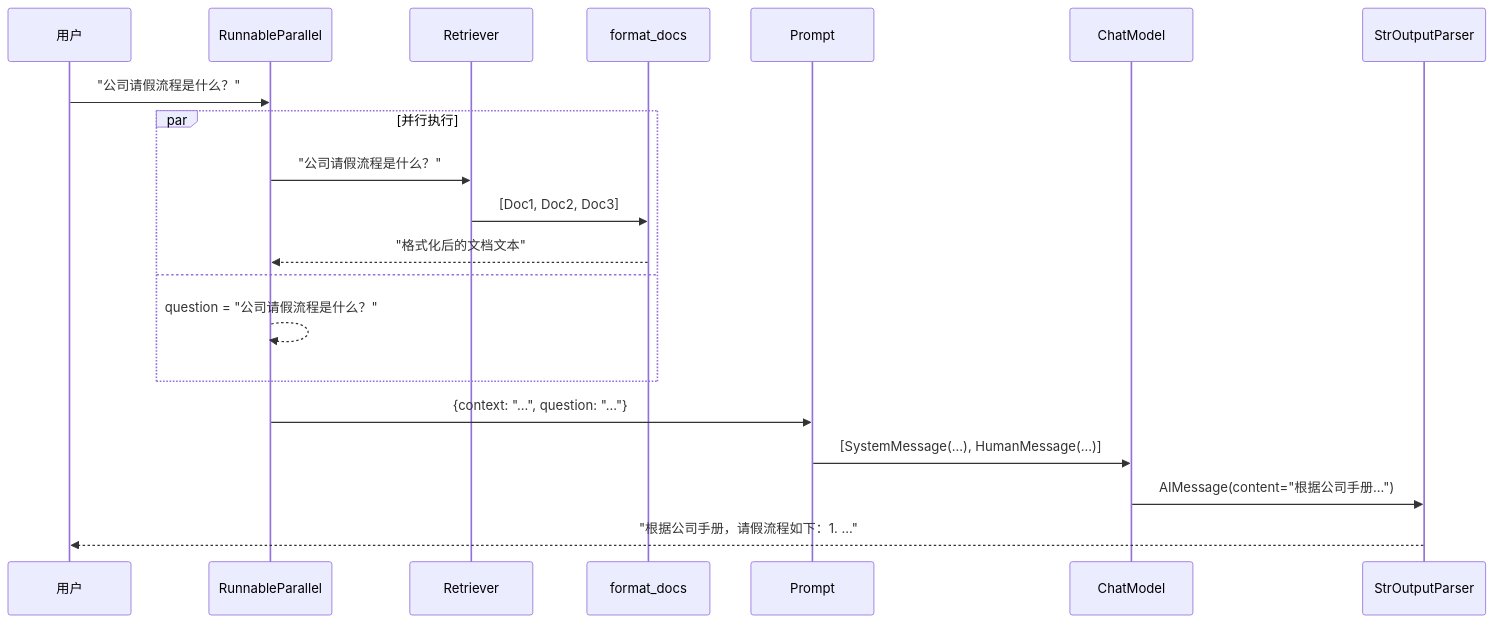
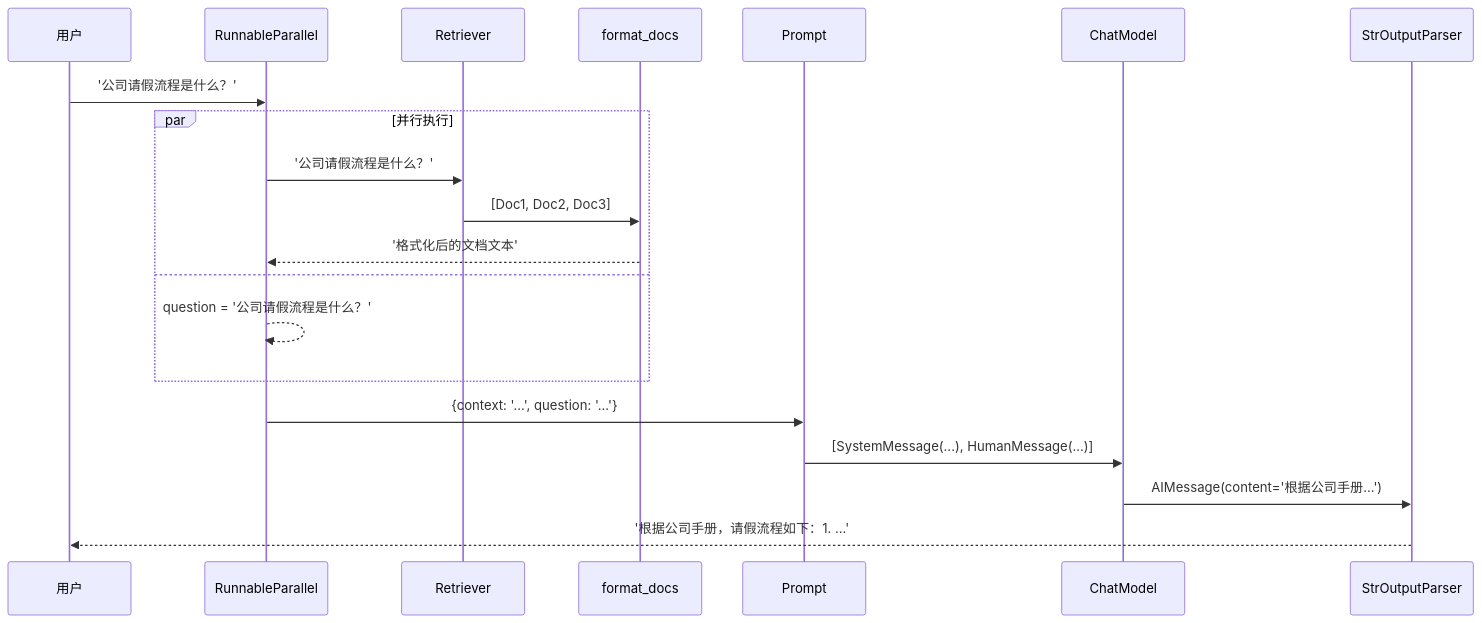
One commit to Cleam/langchain changed the third of 4 diagrams in learn/12-retrievers-rag.md. Above: the diagram before and after it, drawn with Mermaid. The commit also changed 7 other files, not shown here.

First line of the commit message:
docs(learn): fix mermaid diagram syntax errors across all tutorial chapters

````diff
--- a/learn/12-retrievers-rag.md
+++ b/learn/12-retrievers-rag.md
@@ -187,25 +187,25 @@
 ```mermaid
 sequenceDiagram
     participant U as 用户
     participant RP as RunnableParallel
     participant R as Retriever
     participant FD as format_docs
     participant P as Prompt
     participant M as ChatModel
     participant OP as StrOutputParser
 
-    U->>RP: "公司请假流程是什么？"
+    U->>RP: '公司请假流程是什么？'
     
     par 并行执行
-        RP->>R: "公司请假流程是什么？"
+        RP->>R: '公司请假流程是什么？'
         R->>FD: [Doc1, Doc2, Doc3]
-        FD-->>RP: "格式化后的文档文本"
+        FD-->>RP: '格式化后的文档文本'
     and
-        RP-->>RP: question = "公司请假流程是什么？"
+        RP-->>RP: question = '公司请假流程是什么？'
     end
     
-    RP->>P: {context: "...", question: "..."}
+    RP->>P: {context: '...', question: '...'}
     P->>M: [SystemMessage(...), HumanMessage(...)]
-    M->>OP: AIMessage(content="根据公司手册...")
-    OP-->>U: "根据公司手册，请假流程如下：1. ..."
+    M->>OP: AIMessage(content='根据公司手册...')
+    OP-->>U: '根据公司手册，请假流程如下：1. ...'
 ```
````
